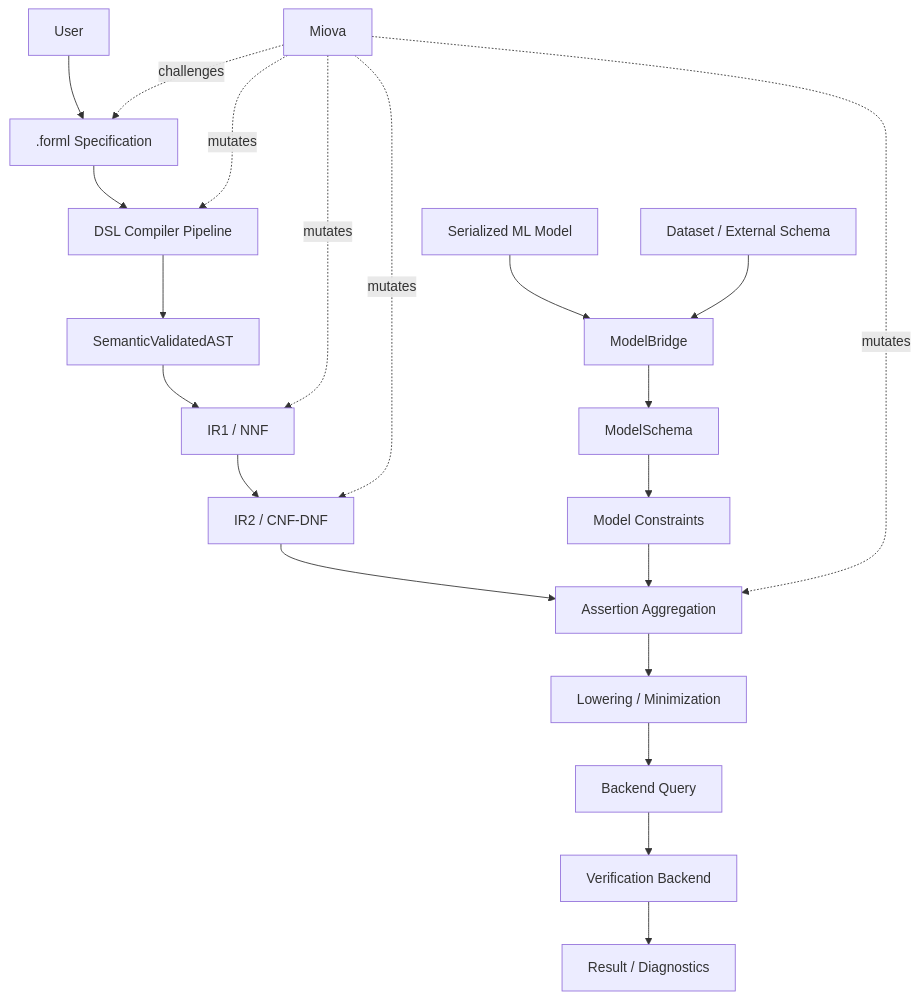
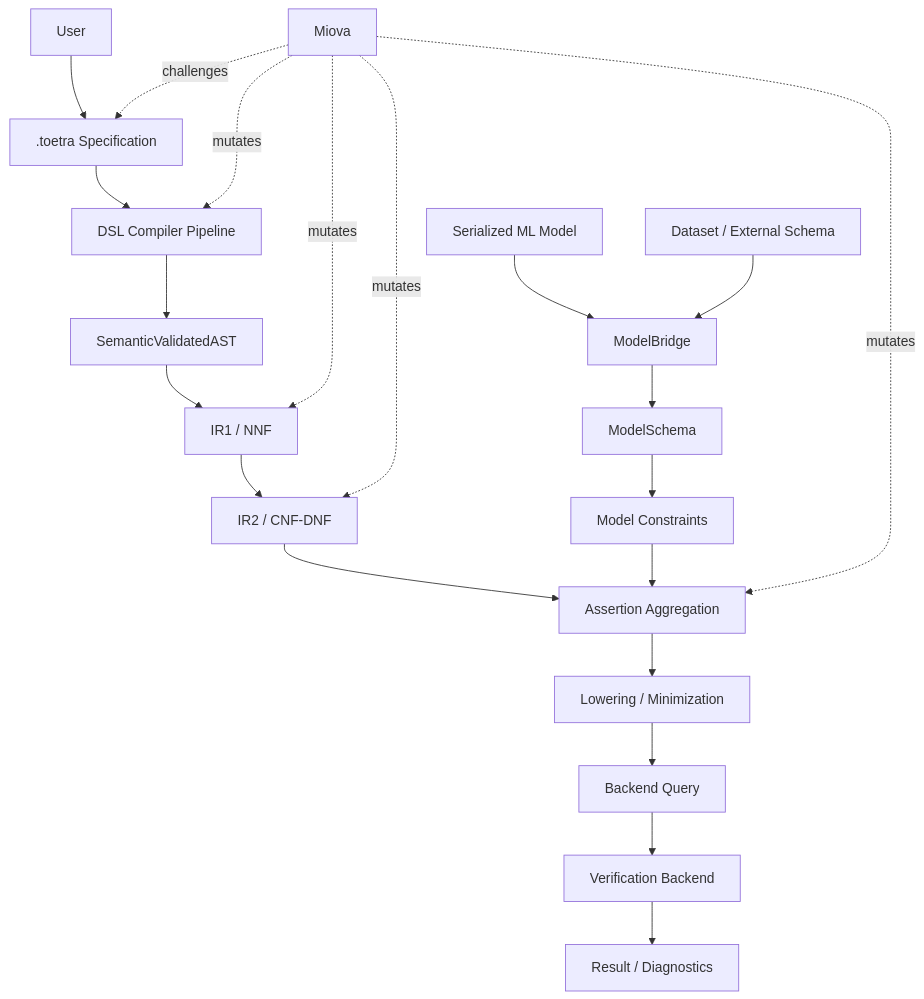
One commit to KintanaOne/Toetra changed the diagram in docs/architecture/overview.md. Above: the diagram before and after it, drawn with Mermaid. The commit also changed other lines of this file and 218 other files, not shown here.

Commit message:
P23.2 migrate specification language to Toetra

````diff
--- a/docs/architecture/overview.md
+++ b/docs/architecture/overview.md
@@ -41,58 +41,58 @@
 ```mermaid
 flowchart TD
     U[User]
-        --> S[.forml Specification]
+        --> S[.toetra Specification]
 
     M[Serialized ML Model]
         --> MB[ModelBridge]
 
     D[Dataset / External Schema]
         --> MB
 
     S
         --> C[DSL Compiler Pipeline]
 
     C
         --> SV[SemanticValidatedAST]
 
     SV
         --> IR1[IR1 / NNF]
 
     IR1
         --> IR2[IR2 / CNF-DNF]
 
     MB
         --> MS[ModelSchema]
 
     MS
         --> MC[Model Constraints]
 
     IR2
         --> AGG[Assertion Aggregation]
 
     MC
         --> AGG
 
     AGG
         --> LOW[Lowering / Minimization]
 
     LOW
         --> BQ[Backend Query]
 
     BQ
         --> BE[Verification Backend]
 
     BE
         --> R[Result / Diagnostics]
 
     MI[Miova]
         -. challenges .-> S
     MI
         -. mutates .-> C
     MI
         -. mutates .-> IR1
     MI
         -. mutates .-> IR2
     MI
         -. mutates .-> AGG
 ```
````
